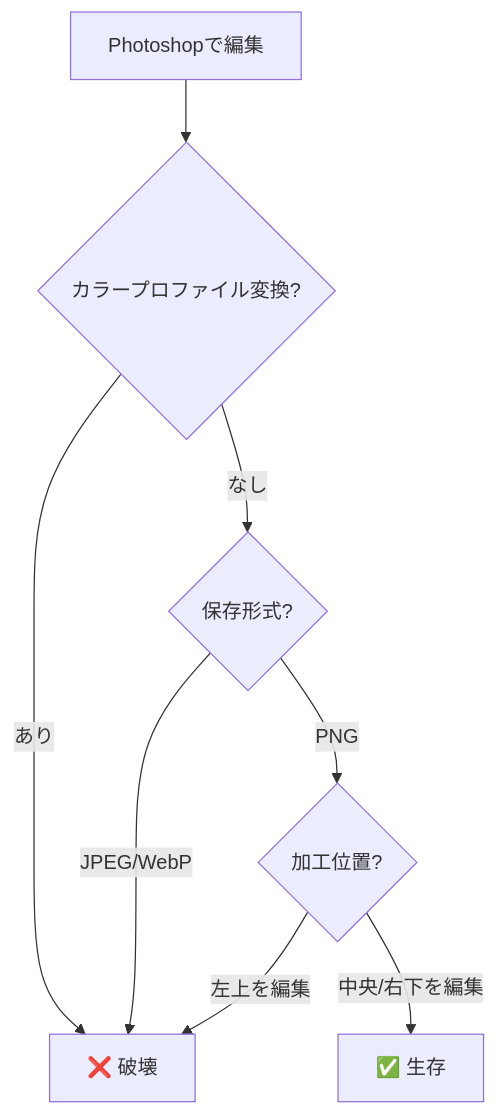
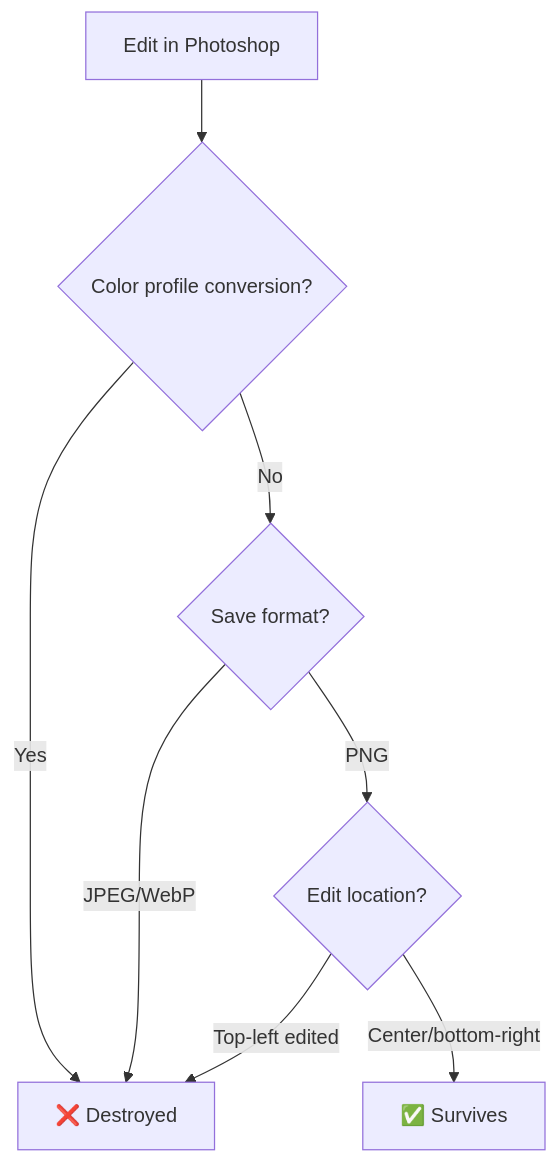
Before and after one commit to aicuai/comfyui-save-image-watermark: the fourth of 4 diagrams in README.md, drawn with Mermaid. The commit also changed other lines of this file and 1 other file, not shown here.

````diff
--- a/README.md
+++ b/README.md
@@ -616,10 +490,10 @@
 ```mermaid
 flowchart TD
-    A[Photoshopで編集] --> B{カラープロファイル変換?}
-    B -->|あり| X[❌ 破壊]
-    B -->|なし| C{保存形式?}
+    A[Edit in Photoshop] --> B{Color profile conversion?}
+    B -->|Yes| X[❌ Destroyed]
+    B -->|No| C{Save format?}
     C -->|JPEG/WebP| X
-    C -->|PNG| D{加工位置?}
-    D -->|左上を編集| X
-    D -->|中央/右下を編集| E[✅ 生存]
+    C -->|PNG| D{Edit location?}
+    D -->|Top-left edited| X
+    D -->|Center/bottom-right| E[✅ Survives]
 ```
````
